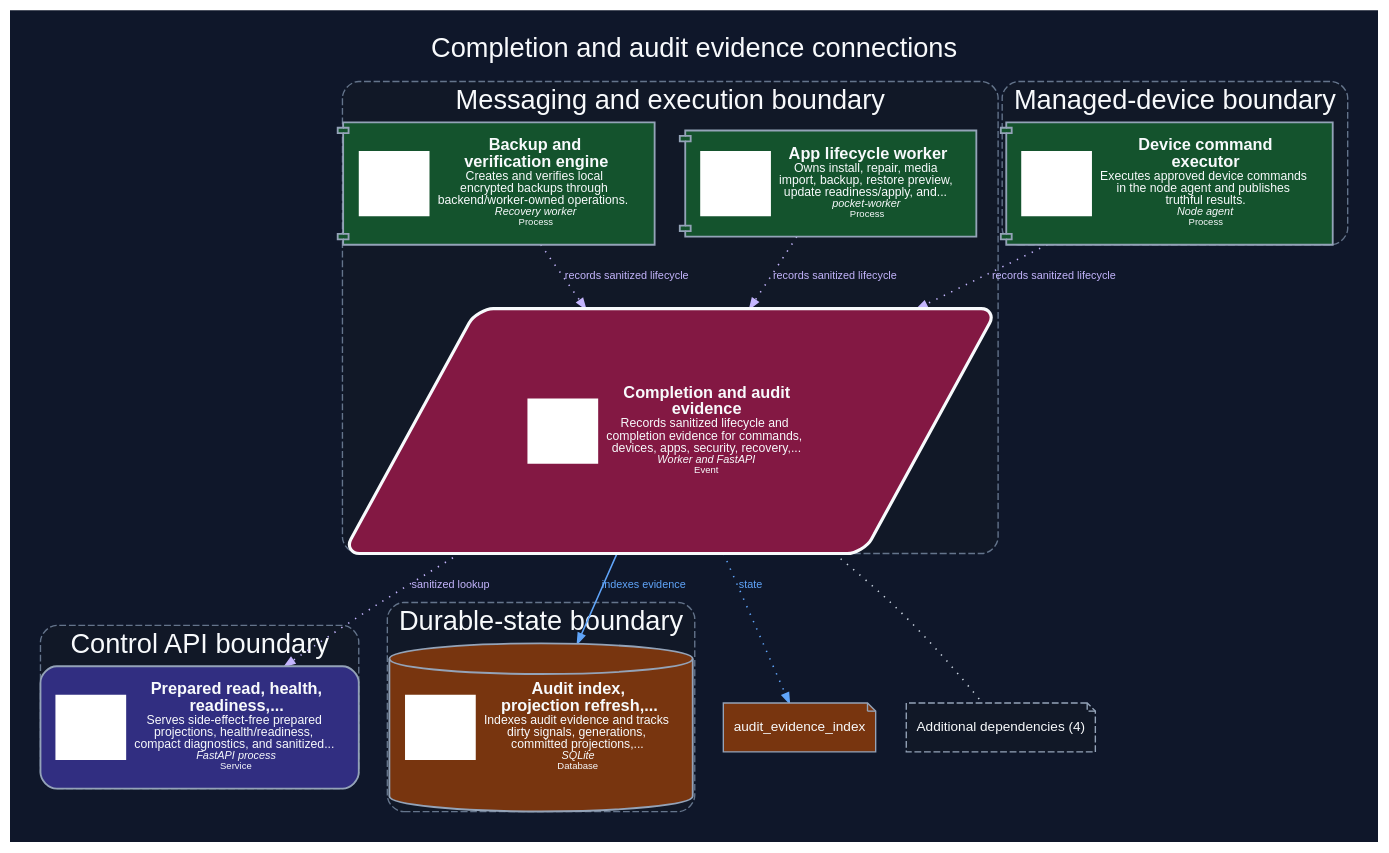
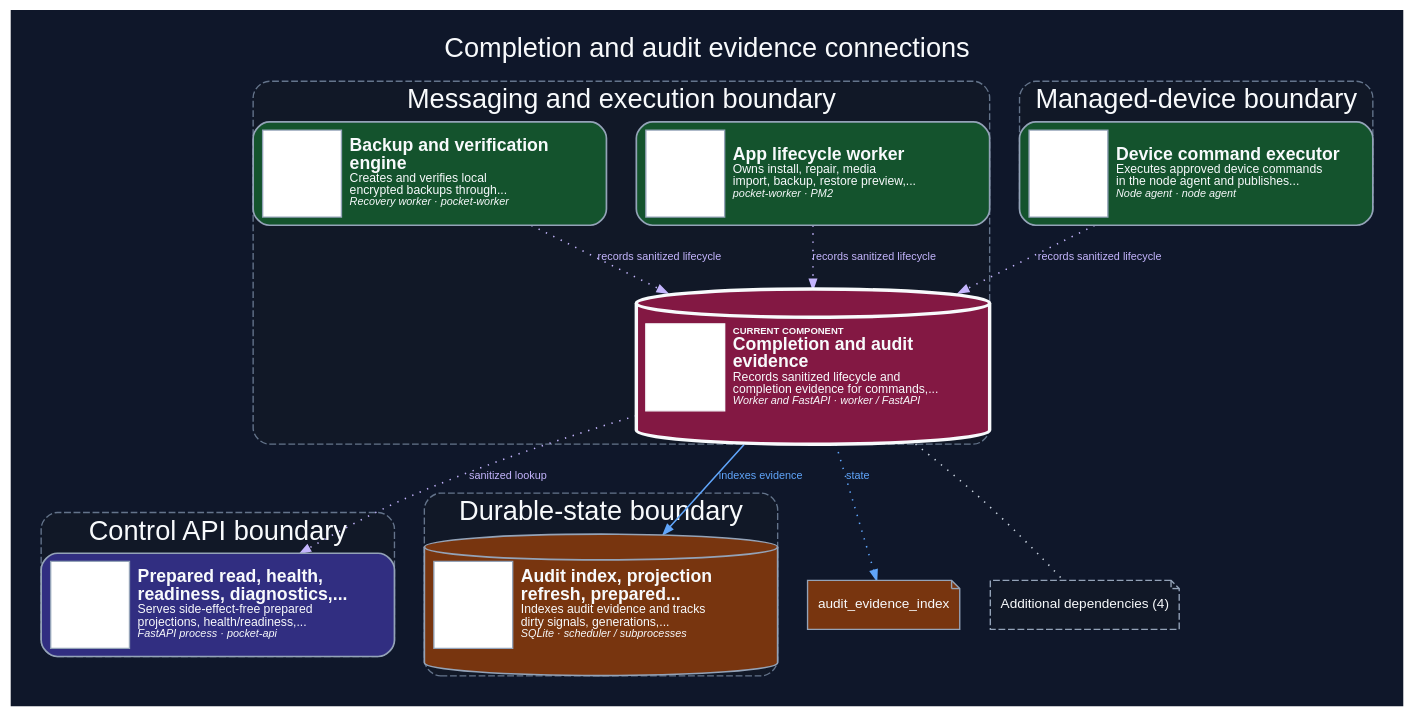
One commit to dexter-lab-ctrl/pocket-lab-lite changed the diagram in docs/assets/diagrams/production/components/completion-evidence.dark.dot. Above: the diagram before and after it, drawn with Graphviz. The commit also changed 353 other files, not shown here.

Commit message:
docs: polish architecture diagrams and stabilize validation (#466)

```diff
--- a/docs/assets/diagrams/production/components/completion-evidence.dark.dot
+++ b/docs/assets/diagrams/production/components/completion-evidence.dark.dot
@@ -39,7 +39,7 @@
     fillcolor="#111827";
     fontcolor="#f8fafc";
     penwidth="1.0";
-    "api-read-surfaces" [label=<<TABLE BORDER="0" CELLBORDER="0" CELLPADDING="4"><TR><TD FIXEDSIZE="TRUE" WIDTH="52" HEIGHT="48" BGCOLOR="#FFFFFF"> </TD><TD ALIGN="LEFT"><FONT POINT-SIZE="12"><B>Prepared read, health,<BR/>readiness,...</B></FONT><BR/><FONT POINT-SIZE="9">Serves side-effect-free prepared<BR/>projections, health/readiness,<BR/>compact diagnostics, and sanitized...</FONT><BR/><FONT POINT-SIZE="8"><I>FastAPI process</I></FONT><BR/><FONT POINT-SIZE="7.5">Service</FONT></TD></TR></TABLE>>, shape="box", style="rounded,filled", fillcolor="#312e81", color="#94a3b8", fontcolor="#f8fafc", penwidth="1.35", tooltip="Prepared read, health, readiness, diagnostics, and evidence APIs. Serves side-effect-free prepared projections, health/readiness, compact diagnostics, and sanitized evidence lookups.", URL="../../../../generated/production/architecture/components/api-read-surfaces/", target="_top"];
+    "api-read-surfaces" [label=<<TABLE BORDER="0" CELLBORDER="0" CELLSPACING="0" CELLPADDING="6"><TR><TD FIXEDSIZE="TRUE" WIDTH="58" HEIGHT="64" ALIGN="CENTER" VALIGN="MIDDLE" BORDER="1" BGCOLOR="#FFFFFF" HREF="#PLICON__api-read-surfaces" TITLE="Architecture icon anchor"><FONT POINT-SIZE="1">&#160;</FONT></TD><TD WIDTH="188" ALIGN="LEFT" BALIGN="LEFT" VALIGN="MIDDLE"><FONT POINT-SIZE="13"><B>Prepared read, health,<BR/>readiness, diagnostics,...</B></FONT><BR/><FONT POINT-SIZE="9">Serves side-effect-free prepared<BR/>projections, health/readiness,...</FONT><BR/><FONT POINT-SIZE="8"><I>FastAPI process · pocket-api</I></FONT></TD></TR></TABLE>>, shape="box", style="rounded,filled", fillcolor="#312e81", color="#94a3b8", fontcolor="#f8fafc", penwidth="1.25", tooltip="Prepared read, health, readiness, diagnostics, and evidence APIs. Serves side-effect-free prepared projections, health/readiness, compact diagnostics, and sanitized evidence lookups.", URL="../../../../generated/production/architecture/components/api-read-surfaces/", target="_top", margin="0.10,0.08"];
   }
   subgraph "cluster_durable-state" {
     label="Durable-state boundary";
@@ -48,7 +48,7 @@
     fillcolor="#111827";
     fontcolor="#f8fafc";
     penwidth="1.0";
-    "prepared-state" [label=<<TABLE BORDER="0" CELLBORDER="0" CELLPADDING="4"><TR><TD FIXEDSIZE="TRUE" WIDTH="52" HEIGHT="48" BGCOLOR="#FFFFFF"> </TD><TD ALIGN="LEFT"><FONT POINT-SIZE="12"><B>Audit index,<BR/>projection refresh,...</B></FONT><BR/><FONT POINT-SIZE="9">Indexes audit evidence and tracks<BR/>dirty signals, generations,<BR/>committed projections,...</FONT><BR/><FONT POINT-SIZE="8"><I>SQLite</I></FONT><BR/><FONT POINT-SIZE="7.5">Database</FONT></TD></TR></TABLE>>, shape="cylinder", style="rounded,filled", fillcolor="#78350f", color="#94a3b8", fontcolor="#f8fafc", penwidth="1.35", tooltip="Audit index, projection refresh, prepared projections, and domain revisions. Indexes audit evidence and tracks dirty signals, generations, committed projections, current-state summaries, and semantic revisions.", URL="../../../../generated/production/architecture/components/prepared-state/", target="_top"];
+    "prepared-state" [label=<<TABLE BORDER="0" CELLBORDER="0" CELLSPACING="0" CELLPADDING="6"><TR><TD FIXEDSIZE="TRUE" WIDTH="58" HEIGHT="64" ALIGN="CENTER" VALIGN="MIDDLE" BORDER="1" BGCOLOR="#FFFFFF" HREF="#PLICON__prepared-state" TITLE="Architecture icon anchor"><FONT POINT-SIZE="1">&#160;</FONT></TD><TD WIDTH="188" ALIGN="LEFT" BALIGN="LEFT" VALIGN="MIDDLE"><FONT POINT-SIZE="13"><B>Audit index, projection<BR/>refresh, prepared...</B></FONT><BR/><FONT POINT-SIZE="9">Indexes audit evidence and tracks<BR/>dirty signals, generations,...</FONT><BR/><FONT POINT-SIZE="8"><I>SQLite · scheduler / subprocesses</I></FONT></TD></TR></TABLE>>, shape="cylinder", style="rounded,filled", fillcolor="#78350f", color="#94a3b8", fontcolor="#f8fafc", penwidth="1.25", tooltip="Audit index, projection refresh, prepared projections, and domain revisions. Indexes audit evidence and tracks dirty signals, generations, committed projections, current-state summaries, and semantic revisions.", URL="../../../../generated/production/architecture/components/prepared-state/", target="_top", margin="0.10,0.08"];
   }
   subgraph "cluster_managed-device" {
     label="Managed-device boundary";
@@ -57,7 +57,7 @@
     fillcolor="#111827";
     fontcolor="#f8fafc";
     penwidth="1.0";
-    "agent-command-executor" [label=<<TABLE BORDER="0" CELLBORDER="0" CELLPADDING="4"><TR><TD FIXEDSIZE="TRUE" WIDTH="52" HEIGHT="48" BGCOLOR="#FFFFFF"> </TD><TD ALIGN="LEFT"><FONT POINT-SIZE="12"><B>Device command<BR/>executor</B></FONT><BR/><FONT POINT-SIZE="9">Executes approved device commands<BR/>in the node agent and publishes<BR/>truthful results.</FONT><BR/><FONT POINT-SIZE="8"><I>Node agent</I></FONT><BR/><FONT POINT-SIZE="7.5">Process</FONT></TD></TR></TABLE>>, shape="component", style="rounded,filled", fillcolor="#14532d", color="#94a3b8", fontcolor="#f8fafc", penwidth="1.35", tooltip="Device command executor. Executes approved device commands in the node agent and publishes truthful results.", URL="../../../../generated/production/architecture/components/agent-command-executor/", target="_top"];
+    "agent-command-executor" [label=<<TABLE BORDER="0" CELLBORDER="0" CELLSPACING="0" CELLPADDING="6"><TR><TD FIXEDSIZE="TRUE" WIDTH="58" HEIGHT="64" ALIGN="CENTER" VALIGN="MIDDLE" BORDER="1" BGCOLOR="#FFFFFF" HREF="#PLICON__agent-command-executor" TITLE="Architecture icon anchor"><FONT POINT-SIZE="1">&#160;</FONT></TD><TD WIDTH="188" ALIGN="LEFT" BALIGN="LEFT" VALIGN="MIDDLE"><FONT POINT-SIZE="13"><B>Device command executor</B></FONT><BR/><FONT POINT-SIZE="9">Executes approved device commands<BR/>in the node agent and publishes...</FONT><BR/><FONT POINT-SIZE="8"><I>Node agent · node agent</I></FONT></TD></TR></TABLE>>, shape="box", style="rounded,filled", fillcolor="#14532d", color="#94a3b8", fontcolor="#f8fafc", penwidth="1.25", tooltip="Device command executor. Executes approved device commands in the node agent and publishes truthful results.", URL="../../../../generated/production/architecture/components/agent-command-executor/", target="_top", margin="0.10,0.08"];
   }
   subgraph "cluster_messaging-execution" {
     label="Messaging and execution boundary";
@@ -66,9 +66,9 @@
     fillcolor="#111827";
     fontcolor="#f8fafc";
     penwidth="1.0";
-    "app-lifecycle-worker" [label=<<TABLE BORDER="0" CELLBORDER="0" CELLPADDING="4"><TR><TD FIXEDSIZE="TRUE" WIDTH="52" HEIGHT="48" BGCOLOR="#FFFFFF"> </TD><TD ALIGN="LEFT"><FONT POINT-SIZE="12"><B>App lifecycle worker</B></FONT><BR/><FONT POINT-SIZE="9">Owns install, repair, media<BR/>import, backup, restore preview,<BR/>update readiness/apply, and...</FONT><BR/><FONT POINT-SIZE="8"><I>pocket-worker</I></FONT><BR/><FONT POINT-SIZE="7.5">Process</FONT></TD></TR></TABLE>>, shape="component", style="rounded,filled", fillcolor="#14532d", color="#94a3b8", fontcolor="#f8fafc", penwidth="1.35", tooltip="App lifecycle worker. Owns install, repair, media import, backup, restore preview, update readiness/apply, and removal paths only where implemented and safe.", URL="../../../../generated/production/architecture/components/app-lifecycle-worker/", target="_top"];
-    "backup-engine" [label=<<TABLE BORDER="0" CELLBORDER="0" CELLPADDING="4"><TR><TD FIXEDSIZE="TRUE" WIDTH="52" HEIGHT="48" BGCOLOR="#FFFFFF"> </TD><TD ALIGN="LEFT"><FONT POINT-SIZE="12"><B>Backup and<BR/>verification engine</B></FONT><BR/><FONT POINT-SIZE="9">Creates and verifies local<BR/>encrypted backups through<BR/>backend/worker-owned operations.</FONT><BR/><FONT POINT-SIZE="8"><I>Recovery worker</I></FONT><BR/><FONT POINT-SIZE="7.5">Process</FONT></TD></TR></TABLE>>, shape="component", style="rounded,filled", fillcolor="#14532d", color="#94a3b8", fontcolor="#f8fafc", penwidth="1.35", tooltip="Backup and verification engine. Creates and verifies local encrypted backups through backend/worker-owned operations.", URL="../../../../generated/production/architecture/components/backup-engine/", target="_top"];
-    "completion-evidence" [label=<<TABLE BORDER="0" CELLBORDER="0" CELLPADDING="4"><TR><TD FIXEDSIZE="TRUE" WIDTH="52" HEIGHT="48" BGCOLOR="#FFFFFF"> </TD><TD ALIGN="LEFT"><FONT POINT-SIZE="12"><B>Completion and audit<BR/>evidence</B></FONT><BR/><FONT POINT-SIZE="9">Records sanitized lifecycle and<BR/>completion evidence for commands,<BR/>devices, apps, security, recovery,...</FONT><BR/><FONT POINT-SIZE="8"><I>Worker and FastAPI</I></FONT><BR/><FONT POINT-SIZE="7.5">Event</FONT></TD></TR></TABLE>>, shape="parallelogram", style="rounded,filled,bold", fillcolor="#831843", color="#f8fafc", fontcolor="#f8fafc", penwidth="2.3", tooltip="Completion and audit evidence. Records sanitized lifecycle and completion evidence for commands, devices, apps, security, recovery, and releases.", URL="../../../../generated/production/architecture/components/completion-evidence/", target="_top"];
+    "app-lifecycle-worker" [label=<<TABLE BORDER="0" CELLBORDER="0" CELLSPACING="0" CELLPADDING="6"><TR><TD FIXEDSIZE="TRUE" WIDTH="58" HEIGHT="64" ALIGN="CENTER" VALIGN="MIDDLE" BORDER="1" BGCOLOR="#FFFFFF" HREF="#PLICON__app-lifecycle-worker" TITLE="Architecture icon anchor"><FONT POINT-SIZE="1">&#160;</FONT></TD><TD WIDTH="188" ALIGN="LEFT" BALIGN="LEFT" VALIGN="MIDDLE"><FONT POINT-SIZE="13"><B>App lifecycle worker</B></FONT><BR/><FONT POINT-SIZE="9">Owns install, repair, media<BR/>import, backup, restore preview,...</FONT><BR/><FONT POINT-SIZE="8"><I>pocket-worker · PM2</I></FONT></TD></TR></TABLE>>, shape="box", style="rounded,filled", fillcolor="#14532d", color="#94a3b8", fontcolor="#f8fafc", penwidth="1.25", tooltip="App lifecycle worker. Owns install, repair, media import, backup, restore preview, update readiness/apply, and removal paths only where implemented and safe.", URL="../../../../generated/production/architecture/components/app-lifecycle-worker/", target="_top", margin="0.10,0.08"];
+    "backup-engine" [label=<<TABLE BORDER="0" CELLBORDER="0" CELLSPACING="0" CELLPADDING="6"><TR><TD FIXEDSIZE="TRUE" WIDTH="58" HEIGHT="64" ALIGN="CENTER" VALIGN="MIDDLE" BORDER="1" BGCOLOR="#FFFFFF" HREF="#PLICON__backup-engine" TITLE="Architecture icon anchor"><FONT POINT-SIZE="1">&#160;</FONT></TD><TD WIDTH="188" ALIGN="LEFT" BALIGN="LEFT" VALIGN="MIDDLE"><FONT POINT-SIZE="13"><B>Backup and verification<BR/>engine</B></FONT><BR/><FONT POINT-SIZE="9">Creates and verifies local<BR/>encrypted backups through...</FONT><BR/><FONT POINT-SIZE="8"><I>Recovery worker · pocket-worker</I></FONT></TD></TR></TABLE>>, shape="box", style="rounded,filled", fillcolor="#14532d", color="#94a3b8", fontcolor="#f8fafc", penwidth="1.25", tooltip="Backup and verification engine. Creates and verifies local encrypted backups through backend/worker-owned operations.", URL="../../../../generated/production/architecture/components/backup-engine/", target="_top", margin="0.10,0.08"];
+    "completion-evidence" [label=<<TABLE BORDER="0" CELLBORDER="0" CELLSPACING="0" CELLPADDING="6"><TR><TD FIXEDSIZE="TRUE" WIDTH="58" HEIGHT="64" ALIGN="CENTER" VALIGN="MIDDLE" BORDER="1" BGCOLOR="#FFFFFF" HREF="#PLICON__completion-evidence" TITLE="Architecture icon anchor"><FONT POINT-SIZE="1">&#160;</FONT></TD><TD WIDTH="188" ALIGN="LEFT" BALIGN="LEFT" VALIGN="MIDDLE"><FONT POINT-SIZE="7"><B>CURRENT COMPONENT</B></FONT><BR/><FONT POINT-SIZE="13"><B>Completion and audit<BR/>evidence</B></FONT><BR/><FONT POINT-SIZE="9">Records sanitized lifecycle and<BR/>completion evidence for commands,...</FONT><BR/><FONT POINT-SIZE="8"><I>Worker and FastAPI · worker / FastAPI</I></FONT></TD></TR></TABLE>>, shape="cylinder", style="rounded,filled,bold", fillcolor="#831843", color="#f8fafc", fontcolor="#f8fafc", penwidth="2.5", tooltip="Completion and audit evidence. Records sanitized lifecycle and completion evidence for commands, devices, apps, security, recovery, and releases.", URL="../../../../generated/production/architecture/components/completion-evidence/", target="_top", margin="0.10,0.08"];
   }
   "app-lifecycle-worker" -> "completion-evidence" [label="records sanitized lifecycle", tooltip="records sanitized lifecycle (SQLite/NATS)", style="dotted", arrowhead="normal", color="#c4b5fd", fontcolor="#c4b5fd", penwidth="1.15", arrowsize="0.72"];
   "backup-engine" -> "completion-evidence" [label="records sanitized lifecycle", tooltip="records sanitized lifecycle (SQLite/NATS)", style="dotted", arrowhead="normal", color="#c4b5fd", fontcolor="#c4b5fd", penwidth="1.15", arrowsize="0.72"];
```
